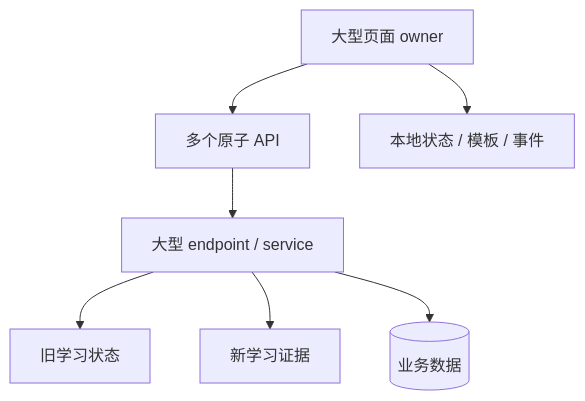
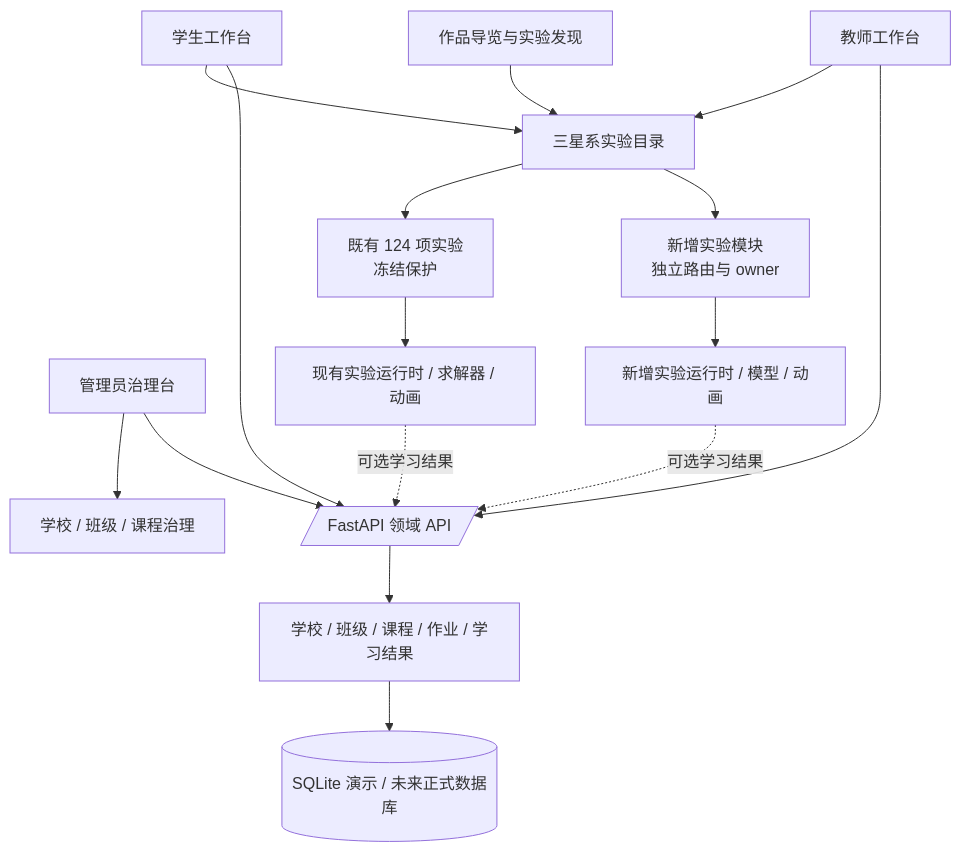
Before and after one commit to falling-feather/Astra: the second of 3 diagrams in doc/02-更新规划.md, drawn with Mermaid. The commit also changed other lines of this file and 13 other files, not shown here.

````diff
--- a/doc/02-更新规划.md
+++ b/doc/02-更新规划.md
@@ -217,9 +287,22 @@
-```mermaid
+~~~mermaid
 flowchart TB
-    PAGE[大型页面 owner] --> A1[多个原子 API]
-    PAGE --> LOCAL[本地状态 / 模板 / 事件]
-    A1 --> S1[大型 endpoint / service]
-    S1 --> OLD[旧学习状态]
-    S1 --> NEW[新学习证据]
-    S1 --> DATA[(业务数据)]
-```
+    GUIDE[作品导览与实验发现] --> CATALOG[三星系实验目录]
+    STUDENT[学生工作台] --> CATALOG
+    TEACHER[教师工作台] --> CATALOG
+    ADMIN[管理员治理台] --> PLATFORM[学校 / 班级 / 课程治理]
+
+    CATALOG --> OLD[既有 124 项实验\n冻结保护]
+    CATALOG --> NEW[新增实验模块\n独立路由与 owner]
+
+    OLD --> RUNTIME[现有实验运行时 / 求解器 / 动画]
+    NEW --> NRUNTIME[新增实验运行时 / 模型 / 动画]
+
+    STUDENT --> API[/FastAPI 领域 API/]
+    TEACHER --> API
+    ADMIN --> API
+    API --> DOMAIN[学校 / 班级 / 课程 / 作业 / 学习结果]
+    DOMAIN --> DB[(SQLite 演示 / 未来正式数据库)]
+
+    RUNTIME -.可选学习结果.-> API
+    NRUNTIME -.可选学习结果.-> API
+~~~
````
